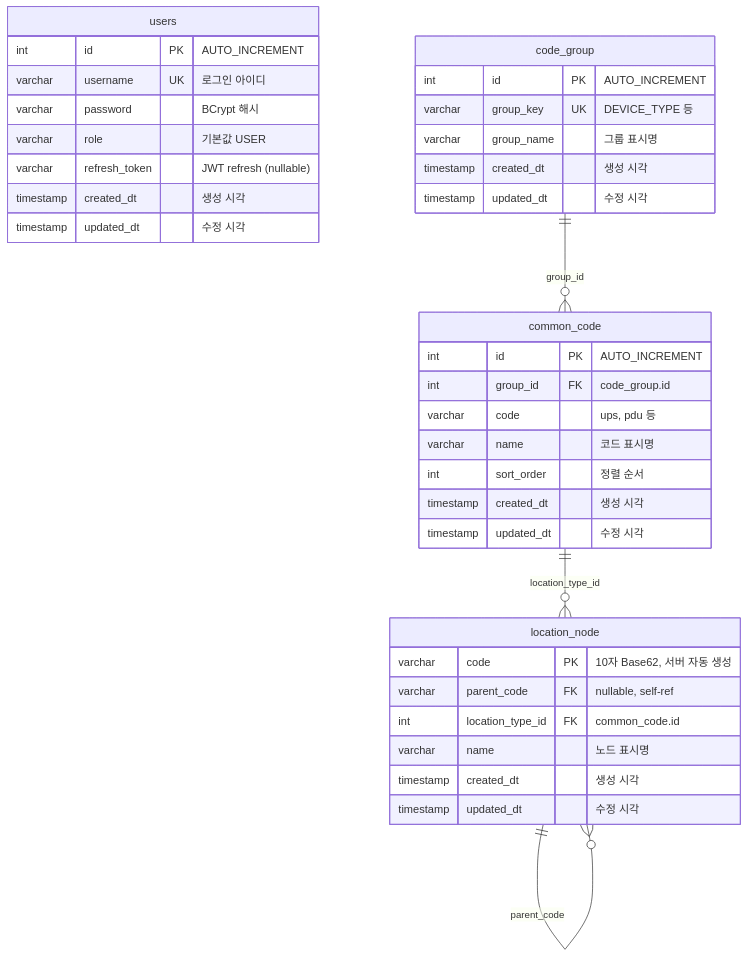
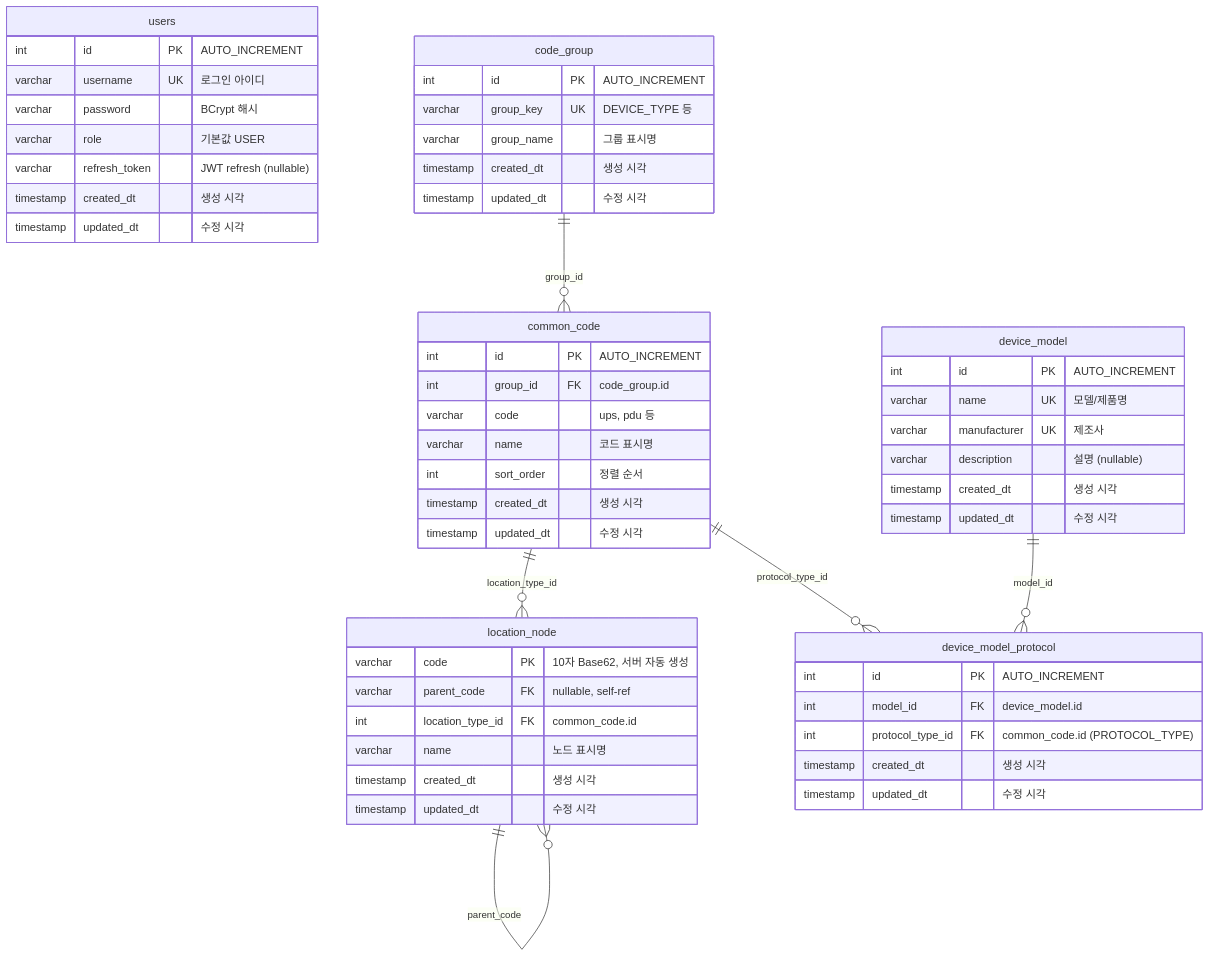
The diagram in docs/ERD.md (SHINBOGEUN/dcim), drawn with Mermaid before and after one commit. The commit also changed other lines of this file and 13 other files, not shown here.

````diff
--- a/docs/ERD.md
+++ b/docs/ERD.md
@@ -14,43 +14,62 @@
 ```mermaid
 erDiagram
     users {
         int id PK "AUTO_INCREMENT"
         varchar username UK "로그인 아이디"
         varchar password "BCrypt 해시"
         varchar role "기본값 USER"
         varchar refresh_token "JWT refresh (nullable)"
         timestamp created_dt "생성 시각"
         timestamp updated_dt "수정 시각"
     }
 
     code_group {
         int id PK "AUTO_INCREMENT"
         varchar group_key UK "DEVICE_TYPE 등"
         varchar group_name "그룹 표시명"
         timestamp created_dt "생성 시각"
         timestamp updated_dt "수정 시각"
     }
 
     common_code {
         int id PK "AUTO_INCREMENT"
         int group_id FK "code_group.id"
         varchar code "ups, pdu 등"
         varchar name "코드 표시명"
         int sort_order "정렬 순서"
         timestamp created_dt "생성 시각"
         timestamp updated_dt "수정 시각"
     }
 
     location_node {
         varchar code PK "10자 Base62, 서버 자동 생성"
         varchar parent_code FK "nullable, self-ref"
         int location_type_id FK "common_code.id"
         varchar name "노드 표시명"
         timestamp created_dt "생성 시각"
         timestamp updated_dt "수정 시각"
     }
 
+    device_model {
+        int id PK "AUTO_INCREMENT"
+        varchar name UK "모델/제품명"
+        varchar manufacturer UK "제조사"
+        varchar description "설명 (nullable)"
+        timestamp created_dt "생성 시각"
+        timestamp updated_dt "수정 시각"
+    }
+
+    device_model_protocol {
+        int id PK "AUTO_INCREMENT"
+        int model_id FK "device_model.id"
+        int protocol_type_id FK "common_code.id (PROTOCOL_TYPE)"
+        timestamp created_dt "생성 시각"
+        timestamp updated_dt "수정 시각"
+    }
+
     code_group ||--o{ common_code : "group_id"
     common_code ||--o{ location_node : "location_type_id"
     location_node ||--o{ location_node : "parent_code"
+    device_model ||--o{ device_model_protocol : "model_id"
+    common_code ||--o{ device_model_protocol : "protocol_type_id"
 ```
````
